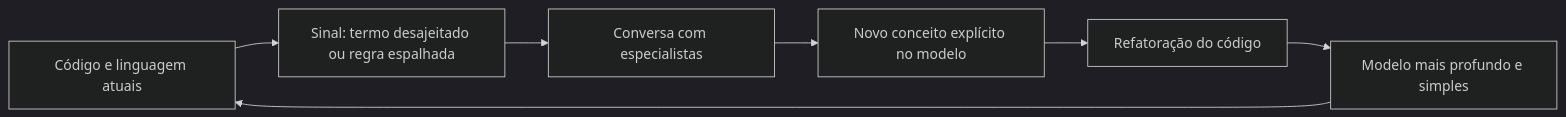
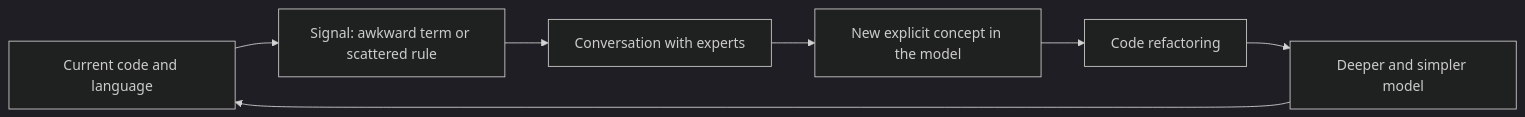
Before and after one commit to alancesar/design-patterns: the diagram in docs/application/ddd/model-in-practice/refactoring-toward-deeper-insight.md, drawn with Mermaid (dark theme). The commit also changed 258 other files, not shown here.

First line of the commit message:
Translate Mermaid diagrams to English

````diff
--- a/docs/application/ddd/model-in-practice/refactoring-toward-deeper-insight.md
+++ b/docs/application/ddd/model-in-practice/refactoring-toward-deeper-insight.md
@@ -55,9 +55,9 @@
 ```mermaid
 flowchart LR
-    A["Código e linguagem atuais"] --> B["Sinal: termo desajeitado ou regra espalhada"]
-    B --> C["Conversa com especialistas"]
-    C --> D["Novo conceito explícito no modelo"]
-    D --> E["Refatoração do código"]
-    E --> F["Modelo mais profundo e simples"]
+    A["Current code and language"] --> B["Signal: awkward term or scattered rule"]
+    B --> C["Conversation with experts"]
+    C --> D["New explicit concept in the model"]
+    D --> E["Code refactoring"]
+    E --> F["Deeper and simpler model"]
     F --> A
 ```
````
